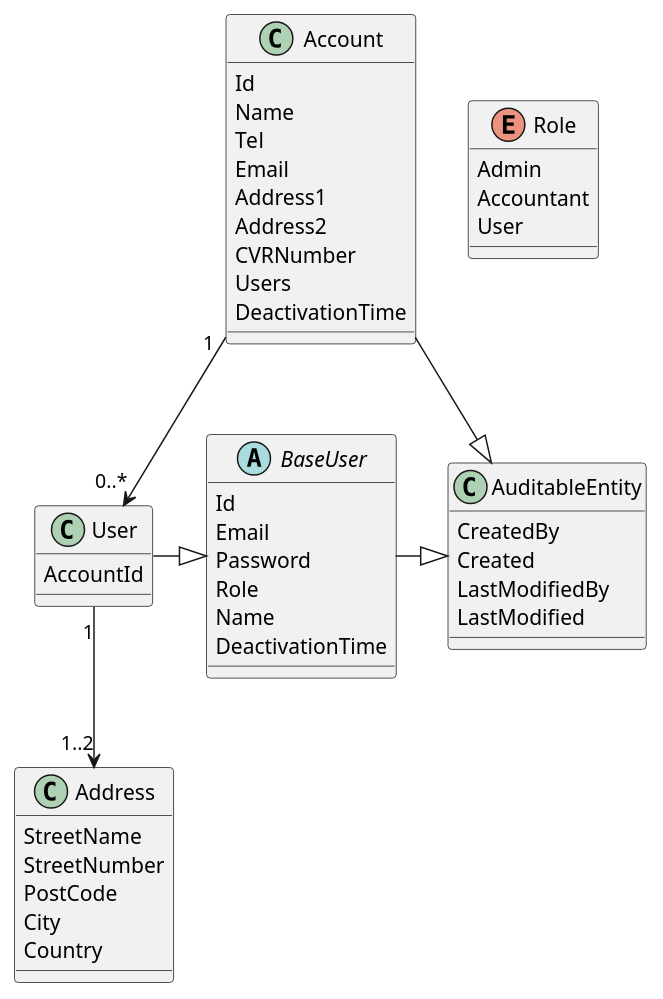
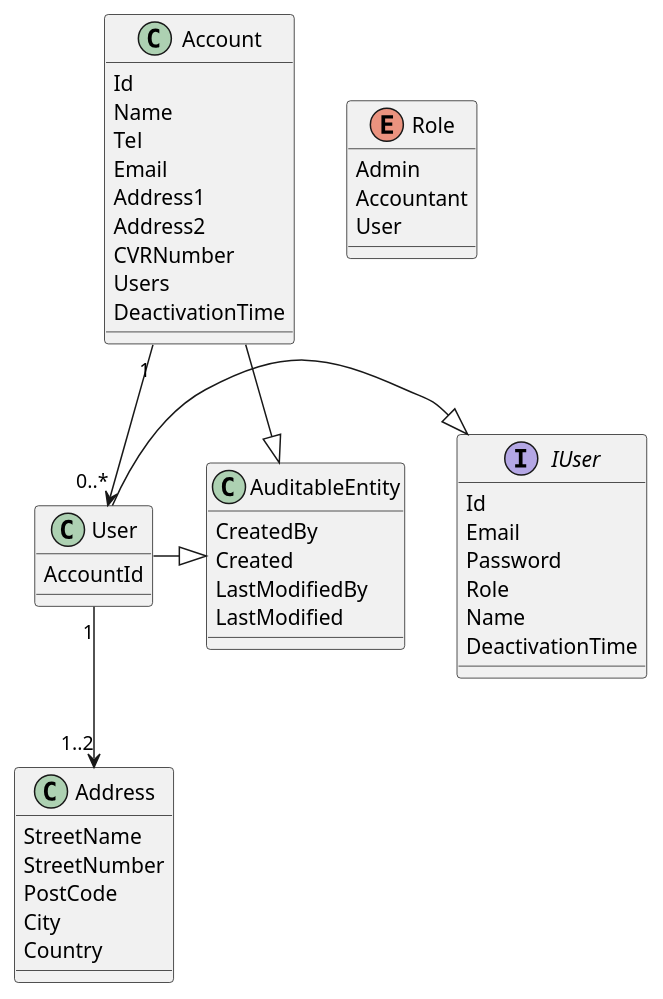
The diagram in docs/entity-datamodel.md (IT-Minds/client_dansk-gartneri_indberetning), drawn with PlantUML before and after one commit.

Commit message:
Update markdown file

```diff
--- a/docs/entity-datamodel.md
+++ b/docs/entity-datamodel.md
@@ -1,55 +1,55 @@
 @startuml
 
 class AuditableEntity {
   CreatedBy
   Created
   LastModifiedBy
   LastModified
 }
 
-abstract class BaseUser {
+interface IUser {
   Id
   Email
   Password
   Role
   Name
   DeactivationTime
 }
 
 class Account {
   Id
   Name
   Tel
   Email
   Address1
   Address2
   CVRNumber
   Users
   DeactivationTime
 }
 
 class User {
   AccountId
 }
 
 enum Role {
   Admin
   Accountant
   User
 }
 
 class Address {
   StreetName
   StreetNumber
   PostCode
   City
   Country
 }
 
-BaseUser -|> AuditableEntity
-User -|> BaseUser
+User -|> IUser
+User -|> AuditableEntity
 Account -|> AuditableEntity
 Account "1"-->"0..*" User
 User "1"-->"1..2" Address
 
 @enduml
```
